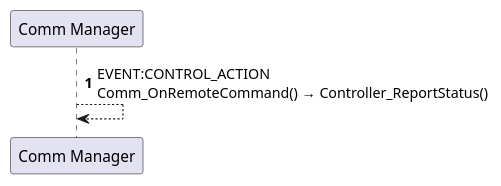
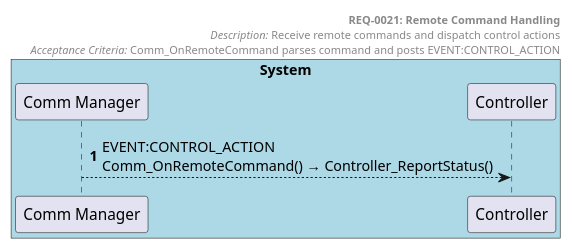
Before and after one commit to tvanfossen/doxygen-guard-example: the diagram in docs/generated/sequences/REQ-0021.puml, drawn with PlantUML. The commit also changed 31 other files, not shown here.

First line of the commit message:
Expand examples: dual requirements, OTA flow, event bus, shadow sync

```diff
--- a/docs/generated/sequences/REQ-0021.puml
+++ b/docs/generated/sequences/REQ-0021.puml
@@ -1,9 +1,18 @@
-@startuml REQ-0021
+@startuml REQ-0021 Remote Command Handling
 autonumber
 
-participant "Comm Manager" as Comm_Manager
+box "System" #LightBlue
+  participant "Comm Manager" as Comm_Manager
+  participant "Controller" as Controller
+end box
+
+header
+  **REQ-0021: Remote Command Handling**
+  //Description:// Receive remote commands and dispatch control actions
+  //Acceptance Criteria:// Comm_OnRemoteCommand parses command and posts EVENT:CONTROL_ACTION
+end header
 
 
-Comm_Manager --> Comm_Manager: EVENT:CONTROL_ACTION\nComm_OnRemoteCommand() → Controller_ReportStatus()
+Comm_Manager --> Controller: EVENT:CONTROL_ACTION\nComm_OnRemoteCommand() → Controller_ReportStatus()
 
 @enduml
```
